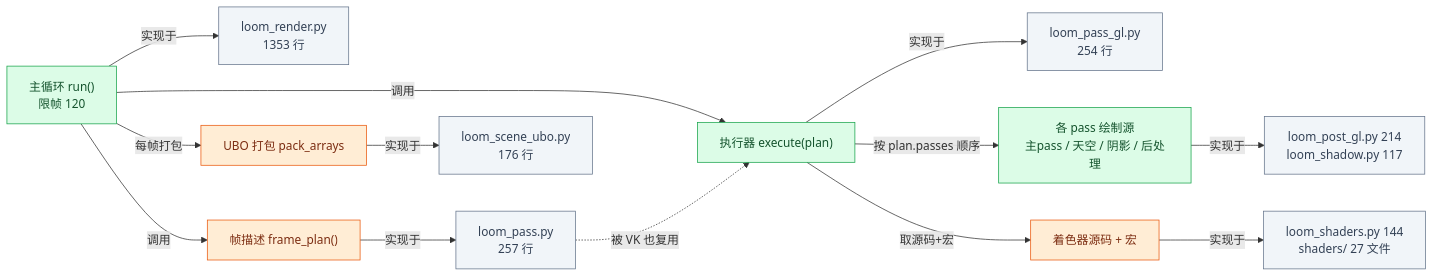
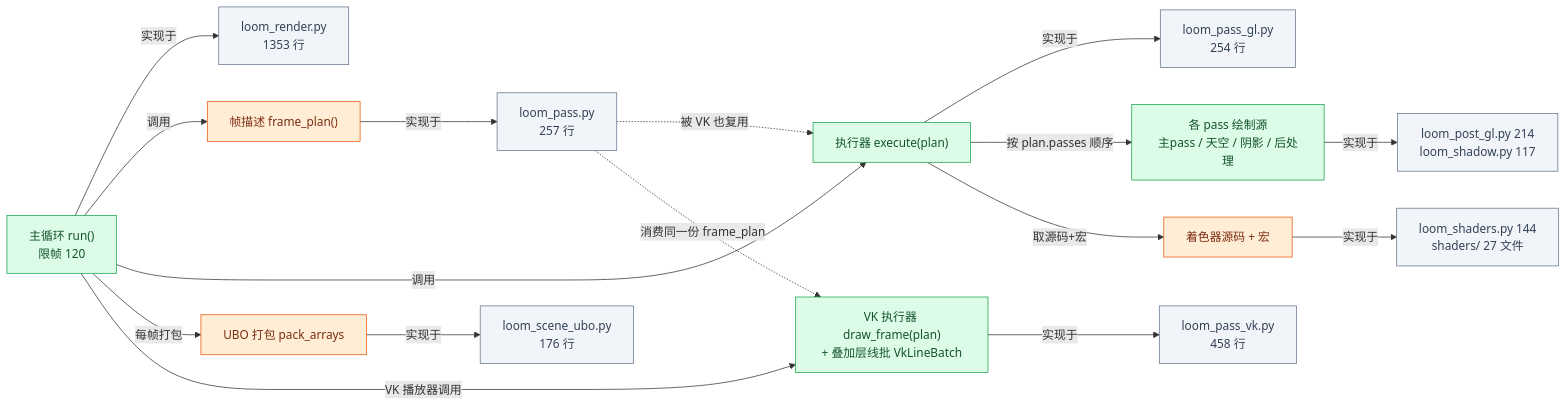
The fourth of 23 diagrams in ARCHITECTURE.md (lhy302/WeaveEngine), drawn with Mermaid before and after one commit. The commit also changed other lines of this file and 7 other files, not shown here.

````diff
--- a/ARCHITECTURE.md
+++ b/ARCHITECTURE.md
@@ -211,30 +212,35 @@
 ```mermaid
 flowchart LR
   R1["主循环 run()<br/>限帧 120"]:::impl
   F1["loom_render.py<br/>1353 行"]:::file
   R2["帧描述 frame_plan()"]:::contract
   F2["loom_pass.py<br/>257 行"]:::file
   R3["执行器 execute(plan)"]:::impl
   F3["loom_pass_gl.py<br/>254 行"]:::file
+  R3b["VK 执行器 draw_frame(plan)<br/>+ 叠加层线批 VkLineBatch"]:::impl
+  F3b["loom_pass_vk.py<br/>458 行"]:::file
   R4["各 pass 绘制源<br/>主pass / 天空 / 阴影 / 后处理"]:::impl
   F4["loom_post_gl.py 214<br/>loom_shadow.py 117"]:::file
   R5["UBO 打包 pack_arrays"]:::contract
   F5["loom_scene_ubo.py<br/>176 行"]:::file
   R6["着色器源码 + 宏"]:::contract
   F6["loom_shaders.py 144<br/>shaders/ 27 文件"]:::file
   R1 -->|实现于| F1
   R1 -->|调用| R2
   R2 -->|实现于| F2
   R1 -->|调用| R3
   R3 -->|实现于| F3
   R3 -->|按 plan.passes 顺序| R4
   R4 -->|实现于| F4
   R1 -->|每帧打包| R5
   R5 -->|实现于| F5
   R3 -->|取源码+宏| R6
   R6 -->|实现于| F6
   F2 -.->|被 VK 也复用| R3
+  R1 -->|VK 播放器调用| R3b
+  R3b -->|实现于| F3b
+  F2 -.->|消费同一份 frame_plan| R3b
   classDef impl fill:#dcfce7,stroke:#16a34a,color:#14532d
   classDef contract fill:#ffedd5,stroke:#ea580c,color:#7c2d12
   classDef file fill:#f1f5f9,stroke:#64748b,color:#334155
 ```
````
